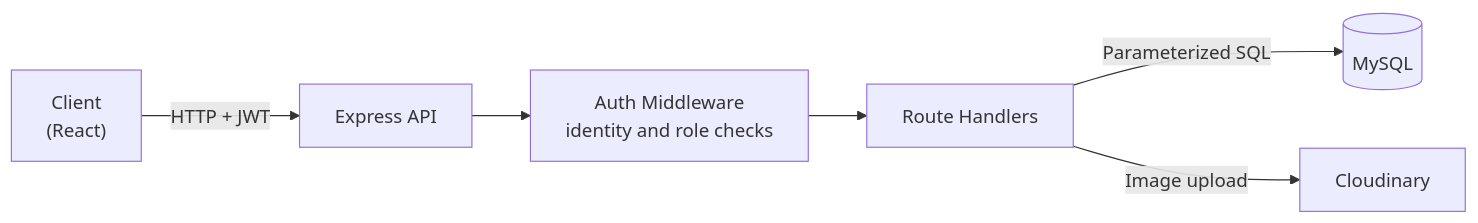
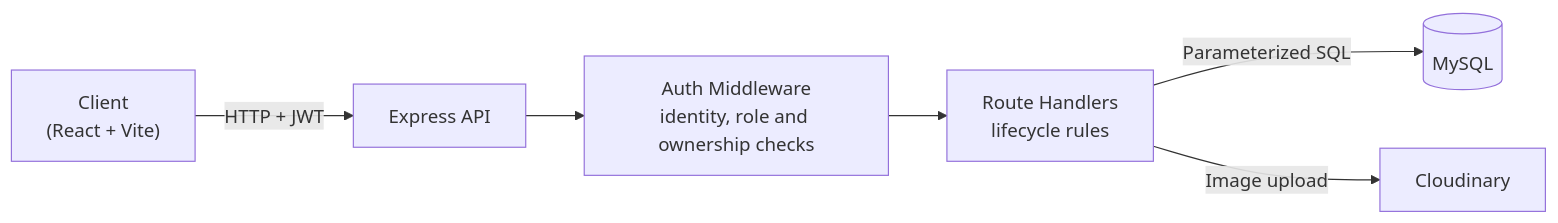
One commit to adityanarayan404/Civic-Fix changed the first of 3 diagrams in README.md. Above: the diagram before and after it, drawn with Mermaid. The commit also changed other lines of this file and 1 other file, not shown here.

Commit message:
Update README with lifecycle rules, new features and frontend progress

````diff
--- a/README.md
+++ b/README.md
@@ -65,8 +70,8 @@
 ```mermaid
 flowchart LR
-    Client["Client<br/>(React)"] -->|HTTP + JWT| API["Express API"]
-    API --> Auth["Auth Middleware<br/>identity and role checks"]
-    Auth --> Routes["Route Handlers"]
+    Client["Client<br/>(React + Vite)"] -->|HTTP + JWT| API["Express API"]
+    API --> Auth["Auth Middleware<br/>identity, role and ownership checks"]
+    Auth --> Routes["Route Handlers<br/>lifecycle rules"]
     Routes -->|Parameterized SQL| DB[("MySQL")]
     Routes -->|Image upload| CDN["Cloudinary"]
 ```
````
